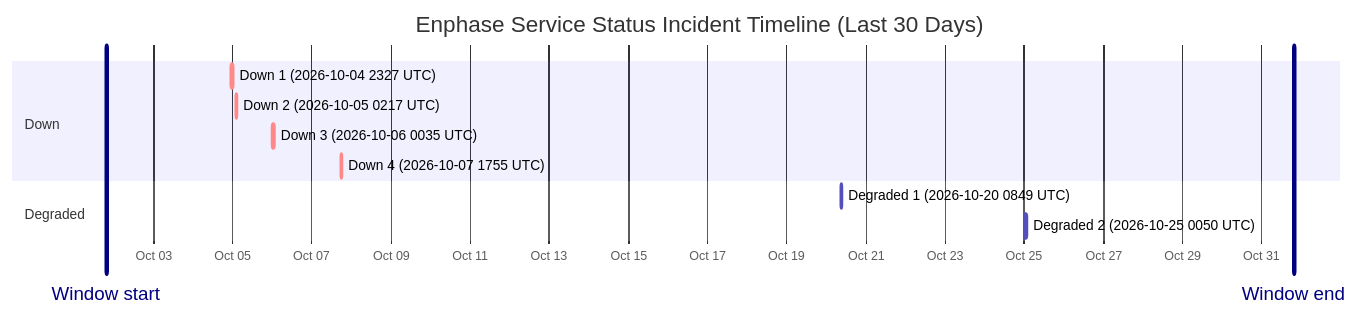
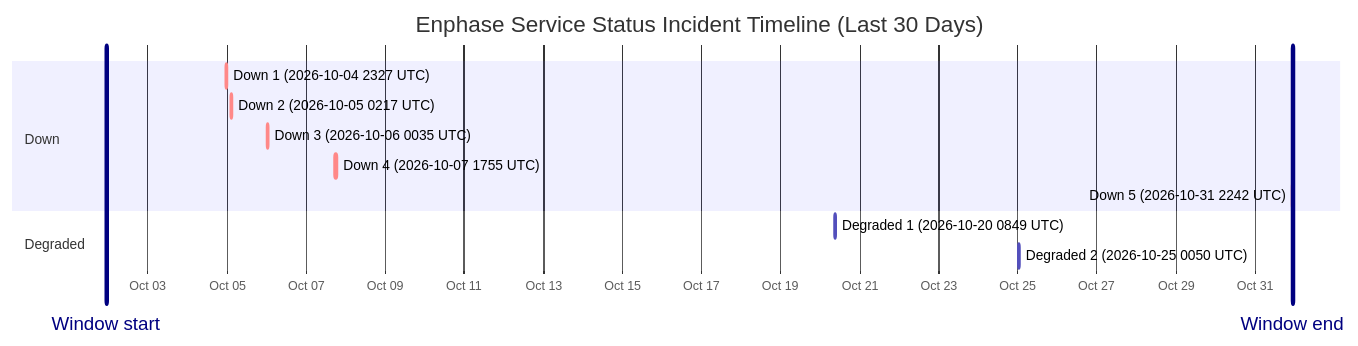
One commit to barneyonline/ha-enphase-energy changed the diagram in wiki/Service-Status-History.md. Above: the diagram before and after it, drawn with Mermaid. The commit also changed other lines of this file and 5 other files, not shown here.

````diff
--- a/wiki/Service-Status-History.md
+++ b/wiki/Service-Status-History.md
@@ -14,16 +14,17 @@
 ```mermaid
 gantt
     title Enphase Service Status Incident Timeline (Last 30 Days)
     dateFormat  YYYY-MM-DDTHH:mm:ss
     axisFormat  %b %d
-    Window start :vert, window-start, 2026-10-01T19:26:18, 0ms
-    Window end :vert, window-end, 2026-10-31T19:26:18, 0ms
+    Window start :vert, window-start, 2026-10-01T22:42:18, 0ms
+    Window end :vert, window-end, 2026-10-31T22:42:18, 0ms
     section Down
     Down 1 (2026-10-04 2327 UTC) :crit, down-1, 2026-10-04T23:27:34, 60m
     Down 2 (2026-10-05 0217 UTC) :crit, down-2, 2026-10-05T02:17:30, 60m
     Down 3 (2026-10-06 0035 UTC) :crit, down-3, 2026-10-06T00:35:21, 60m
     Down 4 (2026-10-07 1755 UTC) :crit, down-4, 2026-10-07T17:55:16, 60m
+    Down 5 (2026-10-31 2242 UTC) :crit, down-5, 2026-10-31T22:42:18, 60m
     section Degraded
     Degraded 1 (2026-10-20 0849 UTC) :active, degraded-1, 2026-10-20T08:49:49, 60m
     Degraded 2 (2026-10-25 0050 UTC) :active, degraded-2, 2026-10-25T00:50:01, 60m
 ```
````
